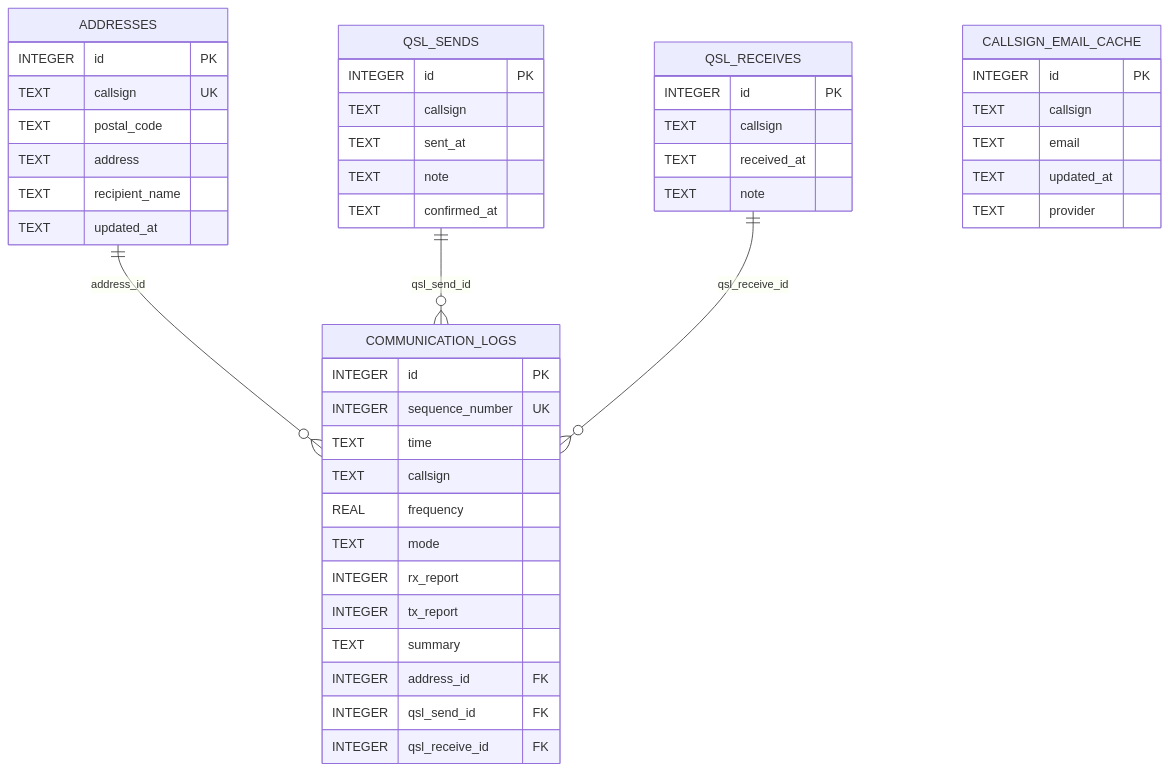
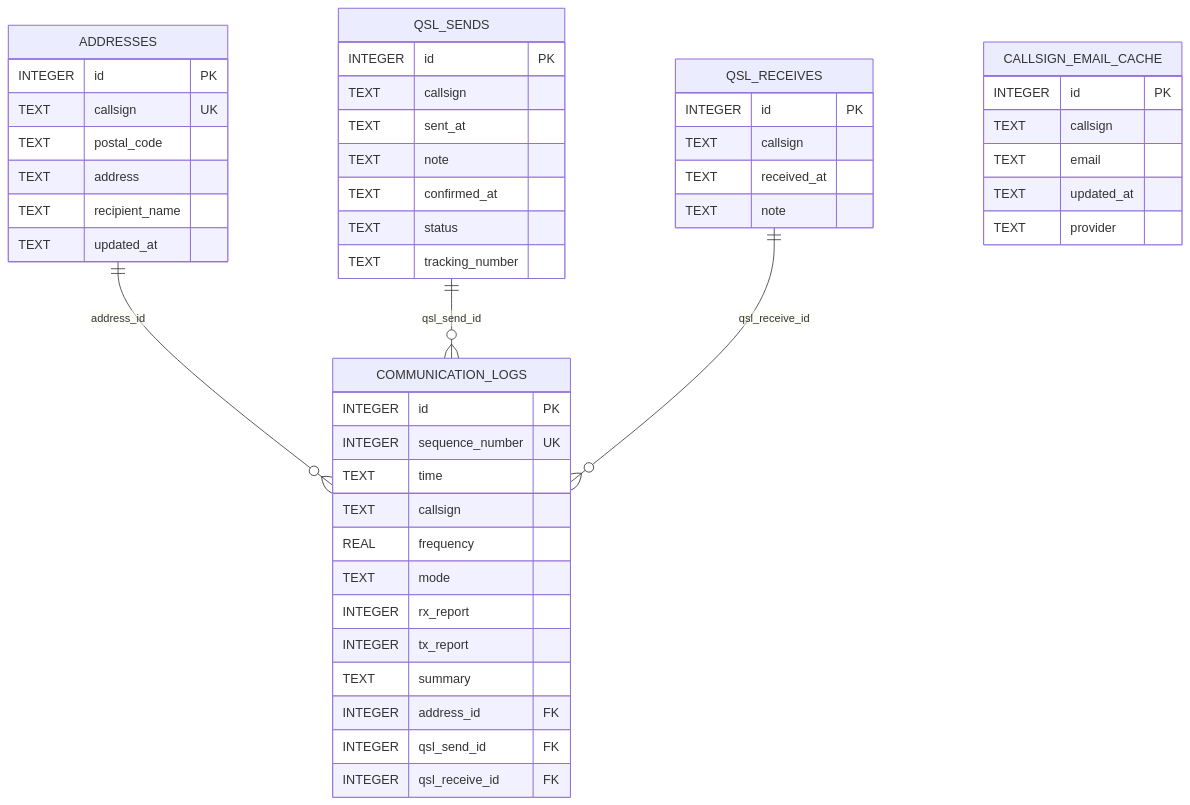
One commit to kuankuan2007/hamlog-manager changed the diagram in docs/database.md. Above: the diagram before and after it, drawn with Mermaid. The commit also changed other lines of this file and 30 other files, not shown here.

````diff
--- a/docs/database.md
+++ b/docs/database.md
@@ -15,49 +15,51 @@
 ```mermaid
 erDiagram
     ADDRESSES ||--o{ COMMUNICATION_LOGS : address_id
     QSL_SENDS ||--o{ COMMUNICATION_LOGS : qsl_send_id
     QSL_RECEIVES ||--o{ COMMUNICATION_LOGS : qsl_receive_id
 
     ADDRESSES {
         INTEGER id PK
         TEXT callsign UK
         TEXT postal_code
         TEXT address
         TEXT recipient_name
         TEXT updated_at
     }
     COMMUNICATION_LOGS {
         INTEGER id PK
         INTEGER sequence_number UK
         TEXT time
         TEXT callsign
         REAL frequency
         TEXT mode
         INTEGER rx_report
         INTEGER tx_report
         TEXT summary
         INTEGER address_id FK
         INTEGER qsl_send_id FK
         INTEGER qsl_receive_id FK
     }
     QSL_SENDS {
         INTEGER id PK
         TEXT callsign
         TEXT sent_at
         TEXT note
         TEXT confirmed_at
+        TEXT status
+        TEXT tracking_number
     }
     QSL_RECEIVES {
         INTEGER id PK
         TEXT callsign
         TEXT received_at
         TEXT note
     }
     CALLSIGN_EMAIL_CACHE {
         INTEGER id PK
         TEXT callsign
         TEXT email
         TEXT updated_at
         TEXT provider
     }
 ```
````
